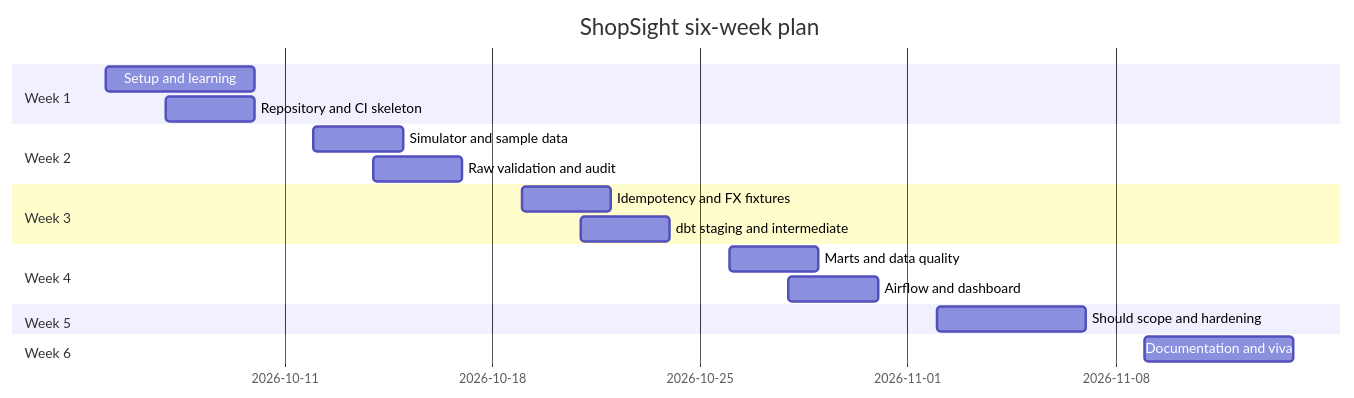
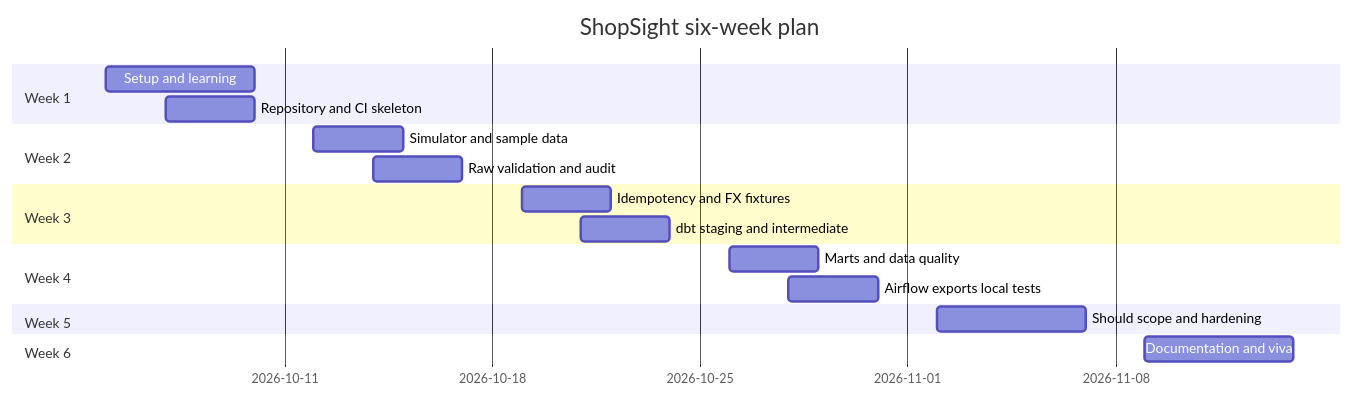
The diagram in docs/11-milestones-and-deliverables.md (sukurcf/spec-shopsight-sales-pipeline), drawn with Mermaid before and after one commit. The commit also changed other lines of this file and 14 other files, not shown here.

````diff
--- a/docs/11-milestones-and-deliverables.md
+++ b/docs/11-milestones-and-deliverables.md
@@ -36,21 +38,21 @@
 ```mermaid
 gantt
     title ShopSight six-week plan
     dateFormat  YYYY-MM-DD
     section Week 1
     Setup and learning           :a1, 2026-10-05, 5d
     Repository and CI skeleton   :a2, 2026-10-07, 3d
     section Week 2
     Simulator and sample data    :b1, 2026-10-12, 3d
     Raw validation and audit     :b2, 2026-10-14, 3d
     section Week 3
     Idempotency and FX fixtures  :c1, 2026-10-19, 3d
     dbt staging and intermediate :c2, 2026-10-21, 3d
     section Week 4
     Marts and data quality       :d1, 2026-10-26, 3d
-    Airflow and dashboard        :d2, 2026-10-28, 3d
+    Airflow exports local tests  :d2, 2026-10-28, 3d
     section Week 5
     Should scope and hardening   :e1, 2026-11-02, 5d
     section Week 6
     Documentation and viva       :f1, 2026-11-09, 5d
 ```
````
